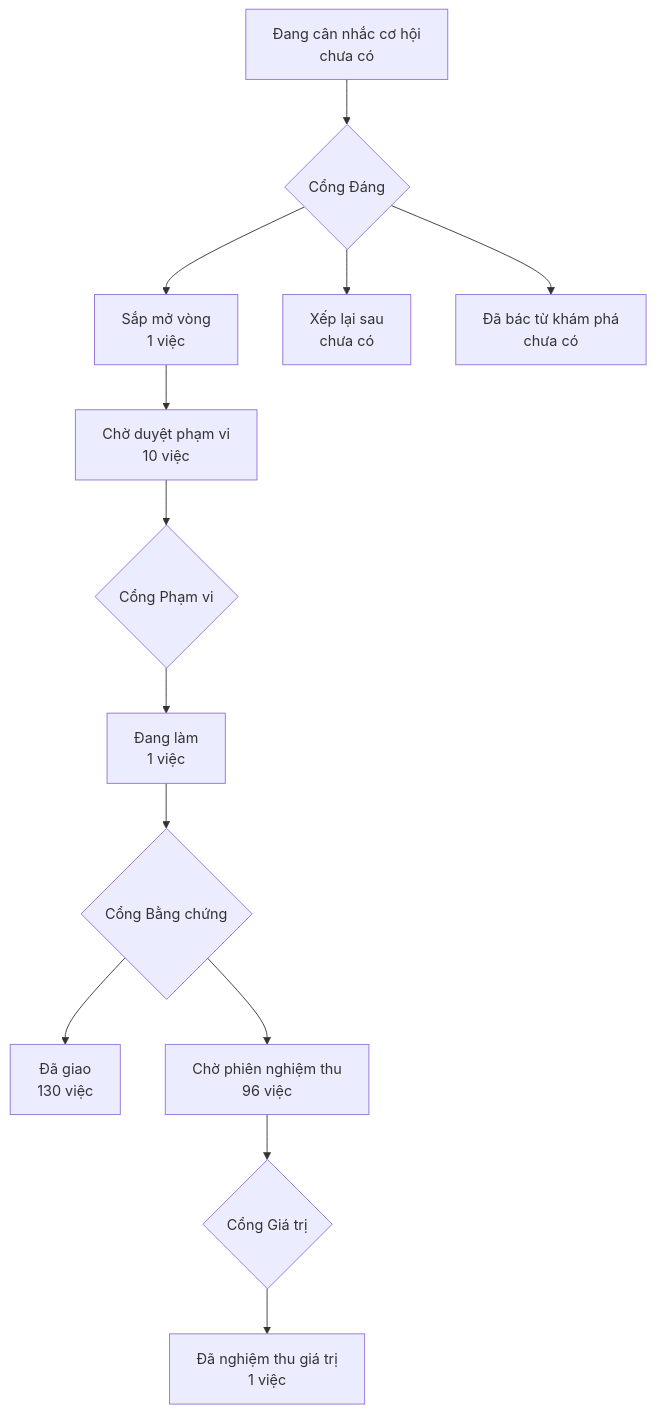
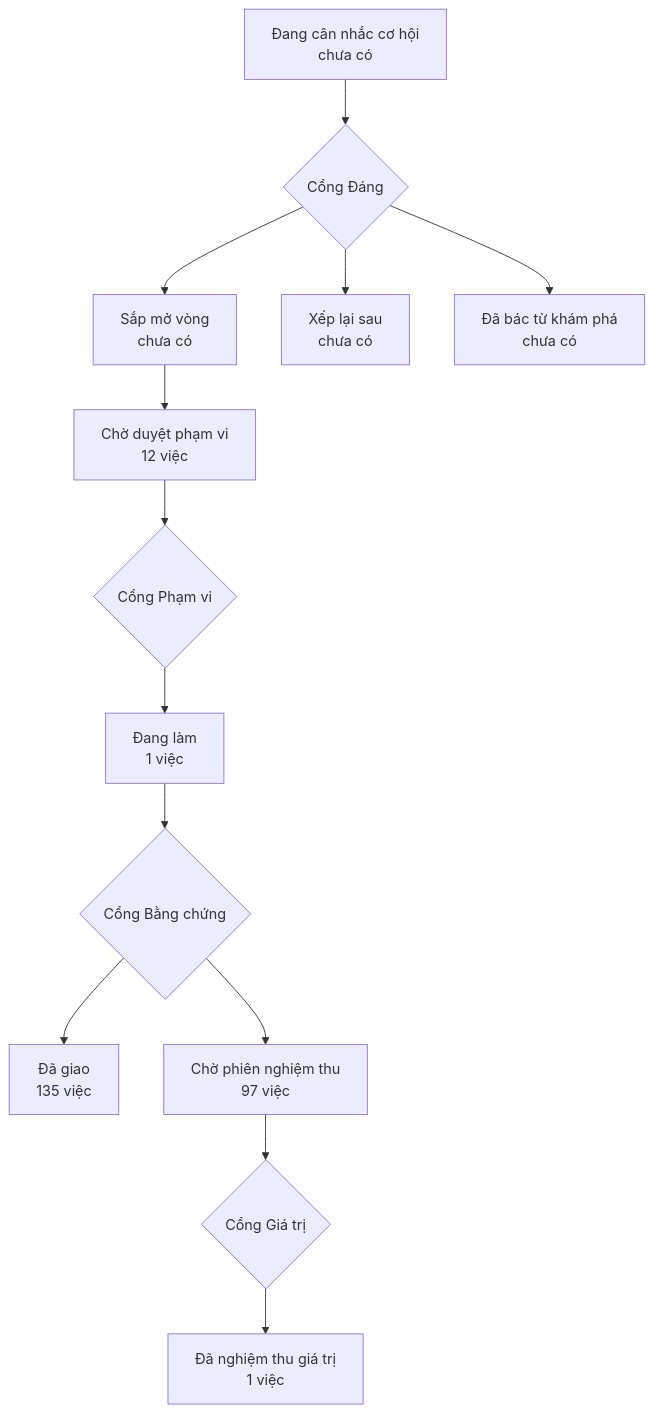
Before and after one commit to phanlemanh/onehub-invest: the diagram in PRODUCT-MAP.md, drawn with Mermaid. The commit also changed other lines of this file and 9 other files, not shown here.

````diff
--- a/PRODUCT-MAP.md
+++ b/PRODUCT-MAP.md
@@ -7,12 +7,12 @@
 ```mermaid
 flowchart TD
   A["Đang cân nhắc cơ hội<br/>chưa có"] --> GD{"Cổng Đáng"}
-  GD --> B["Sắp mở vòng<br/>1 việc"]
+  GD --> B["Sắp mở vòng<br/>chưa có"]
   GD --> XL["Xếp lại sau<br/>chưa có"]
   GD --> DB["Đã bác từ khám phá<br/>chưa có"]
-  B --> CD["Chờ duyệt phạm vi<br/>10 việc"] --> GP{"Cổng Phạm vi"}
+  B --> CD["Chờ duyệt phạm vi<br/>12 việc"] --> GP{"Cổng Phạm vi"}
   GP --> DL["Đang làm<br/>1 việc"] --> GB{"Cổng Bằng chứng"}
-  GB --> DG["Đã giao<br/>130 việc"]
-  GB --> CN["Chờ phiên nghiệm thu<br/>96 việc"] --> GG{"Cổng Giá trị"}
+  GB --> DG["Đã giao<br/>135 việc"]
+  GB --> CN["Chờ phiên nghiệm thu<br/>97 việc"] --> GG{"Cổng Giá trị"}
   GG --> NT["Đã nghiệm thu giá trị<br/>1 việc"]
 ```
````
